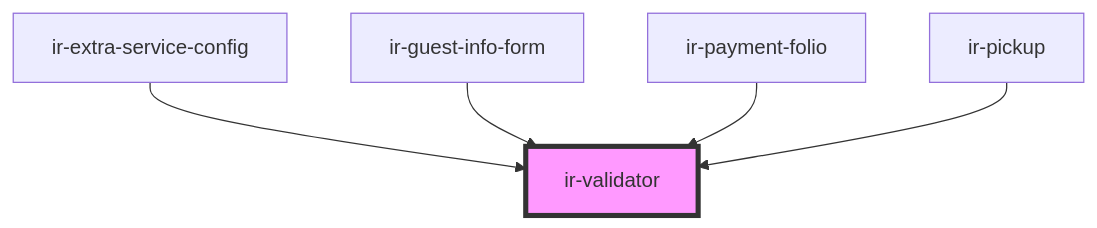
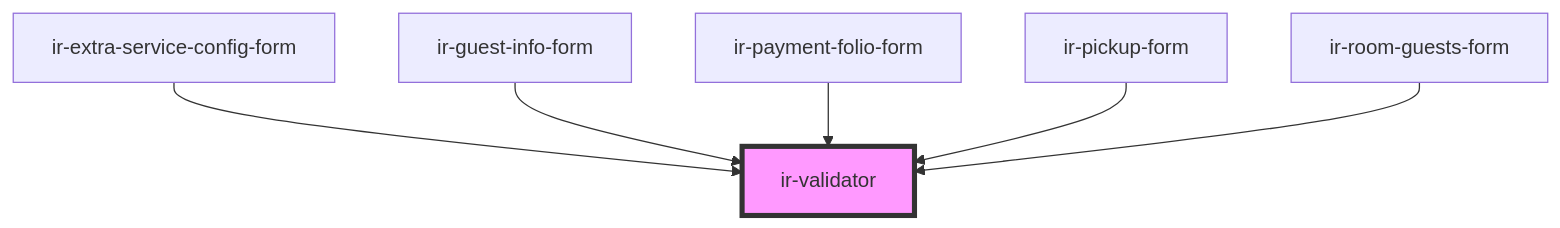
One commit to David1Chowaifaty/modified-ir-webcmp changed the diagram in src/components/ui/ir-validator/readme.md. Above: the diagram before and after it, drawn with Mermaid. The commit also changed other lines of this file and 35 other files, not shown here.

First line of the commit message:
Add InvoicableItemType and update InvoicableItemSchema for type safety

````diff
--- a/src/components/ui/ir-validator/readme.md
+++ b/src/components/ui/ir-validator/readme.md
@@ -39,8 +40,9 @@
 ```mermaid
 graph TD;
-  ir-extra-service-config --> ir-validator
+  ir-extra-service-config-form --> ir-validator
   ir-guest-info-form --> ir-validator
-  ir-payment-folio --> ir-validator
-  ir-pickup --> ir-validator
+  ir-payment-folio-form --> ir-validator
+  ir-pickup-form --> ir-validator
+  ir-room-guests-form --> ir-validator
   style ir-validator fill:#f9f,stroke:#333,stroke-width:4px
 ```
````
